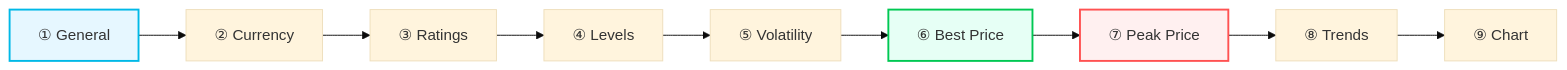
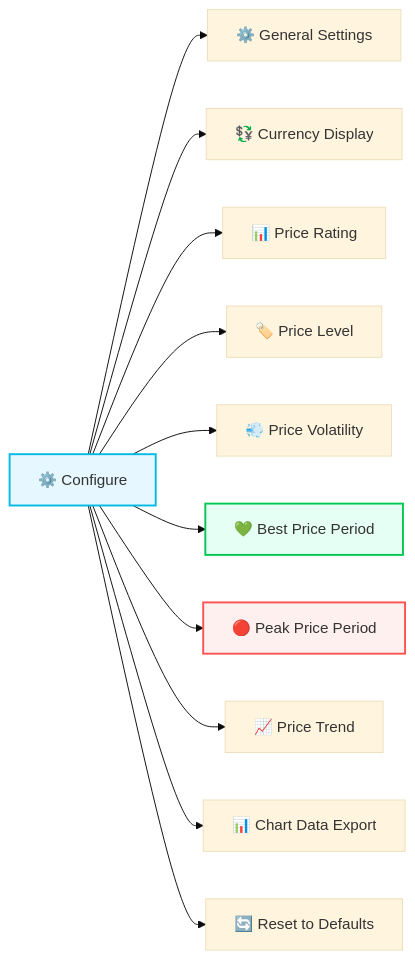
The diagram in docs/user/docs/configuration.md (jpawlowski/hass.tibber_prices), drawn with Mermaid (base theme) before and after one commit. The commit also changed other lines of this file and 11 other files, not shown here.

````diff
--- a/docs/user/docs/configuration.md
+++ b/docs/user/docs/configuration.md
@@ -35,15 +37,18 @@
 ```mermaid
-flowchart LR
-    S1["① General"] --> S2["② Currency"]
-    S2 --> S3["③ Ratings"]
-    S3 --> S4["④ Levels"]
-    S4 --> S5["⑤ Volatility"]
-    S5 --> S6["⑥ Best Price"]
-    S6 --> S7["⑦ Peak Price"]
-    S7 --> S8["⑧ Trends"]
-    S8 --> S9["⑨ Chart"]
+graph LR
+    Menu["⚙️ Configure"]
+    Menu --> GS["⚙️ General Settings"]
+    Menu --> DS["💱 Currency Display"]
+    Menu --> PR["📊 Price Rating"]
+    Menu --> PL["🏷️ Price Level"]
+    Menu --> VO["💨 Price Volatility"]
+    Menu --> BP["💚 Best Price Period"]
+    Menu --> PP["🔴 Peak Price Period"]
+    Menu --> PT["📈 Price Trend"]
+    Menu --> CD["📊 Chart Data Export"]
+    Menu --> RD["🔄 Reset to Defaults"]
 
-    style S1 fill:#e6f7ff,stroke:#00b9e7,stroke-width:2px
-    style S6 fill:#e6fff5,stroke:#00c853,stroke-width:2px
-    style S7 fill:#fff0f0,stroke:#ff5252,stroke-width:2px
+    style Menu fill:#e6f7ff,stroke:#00b9e7,stroke-width:2px
+    style BP fill:#e6fff5,stroke:#00c853,stroke-width:2px
+    style PP fill:#fff0f0,stroke:#ff5252,stroke-width:2px
 ```
````
